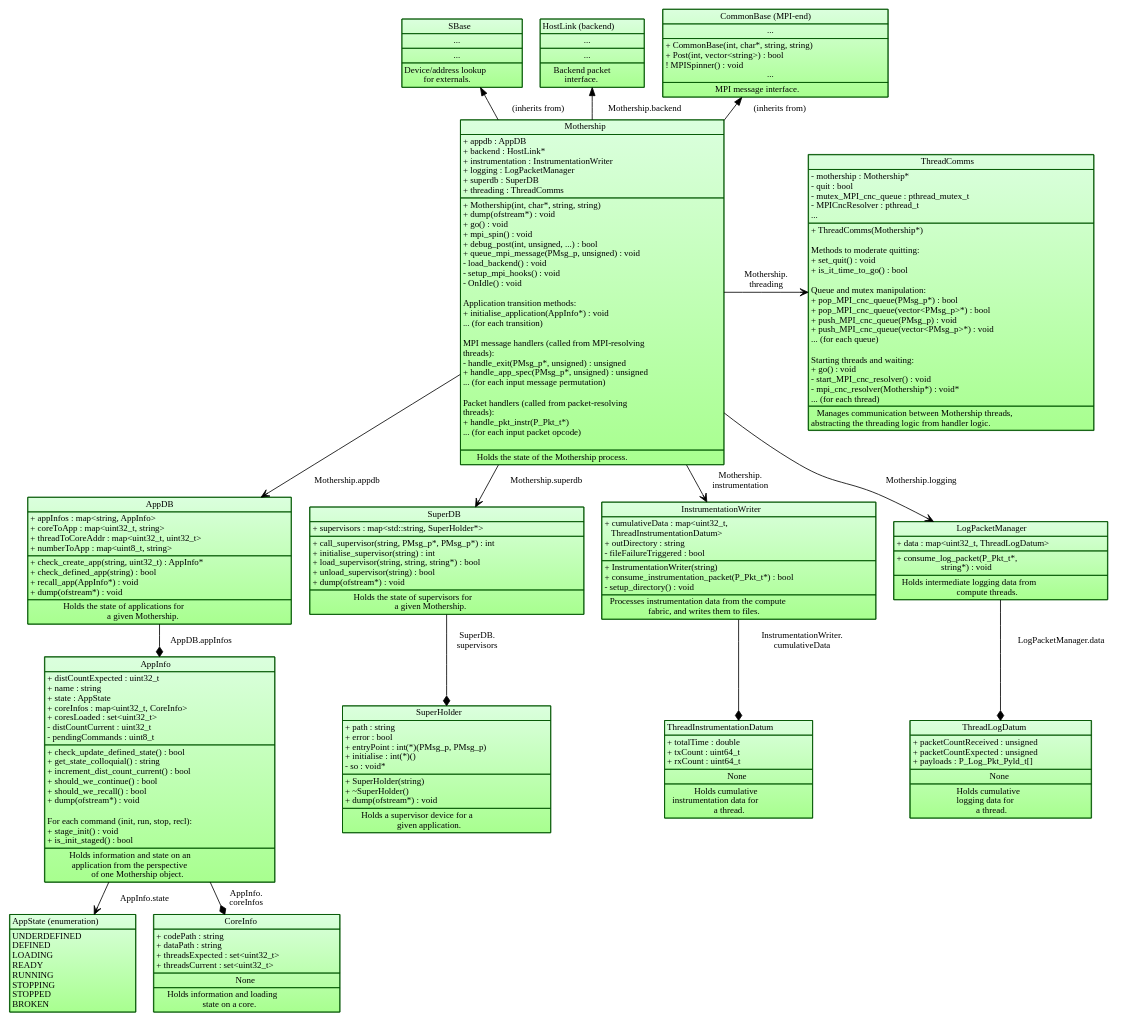
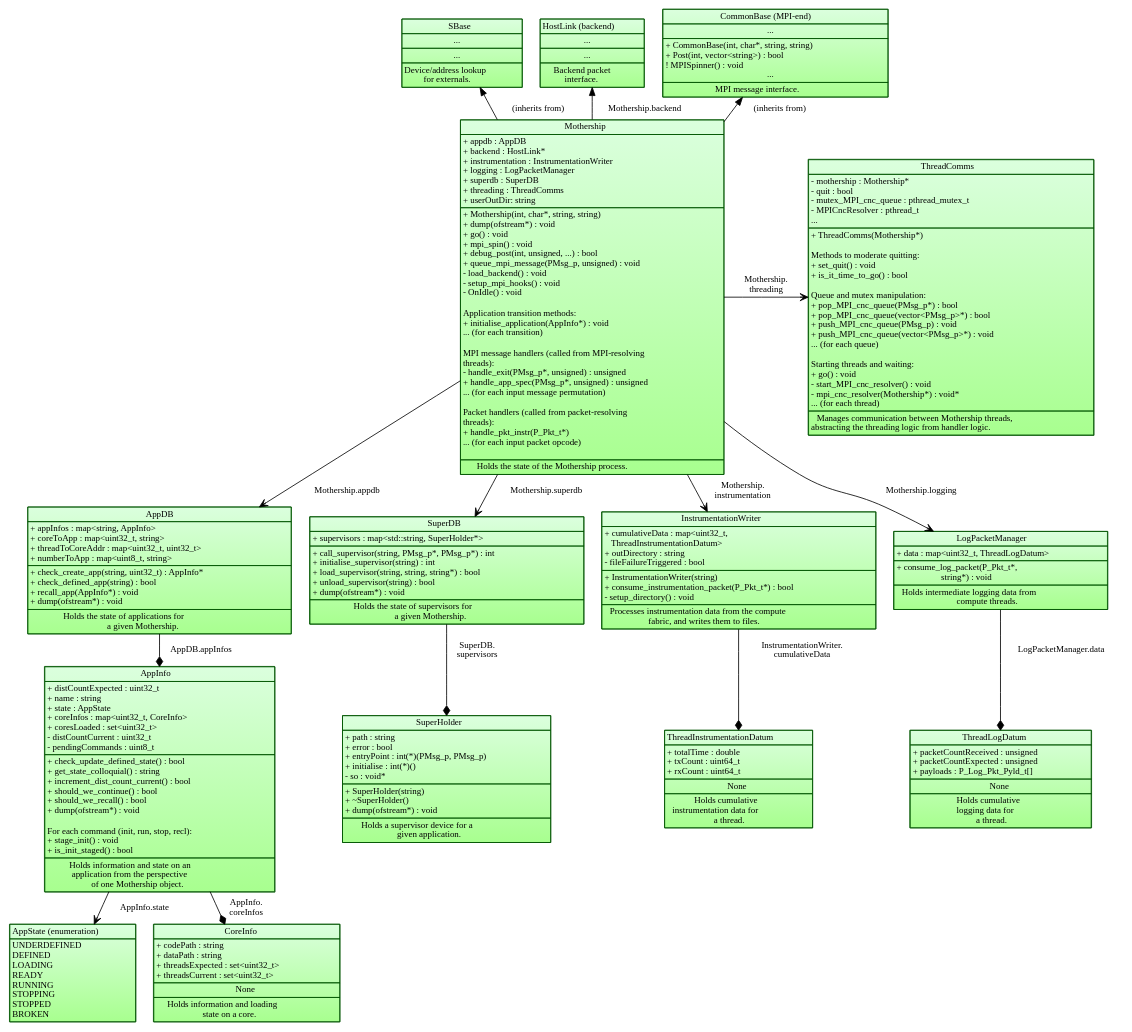
The diagram in images/source/mothership_data_structure.dot (POETSII/orchestrator-documentation), drawn with Graphviz before and after one commit. The commit also changed 2 other files, not shown here.

```diff
--- a/images/source/mothership_data_structure.dot
+++ b/images/source/mothership_data_structure.dot
@@ -212,6 +212,7 @@
 + logging : LogPacketManager<BR ALIGN="LEFT"/>
 + superdb : SuperDB<BR ALIGN="LEFT"/>
 + threading : ThreadComms<BR ALIGN="LEFT"/>
++ userOutDir: string<BR ALIGN="LEFT"/>
 </TD></TR>
 <TR><TD ALIGN="LEFT">
 + Mothership(int, char*, string, string)<BR ALIGN="LEFT"/>
```
